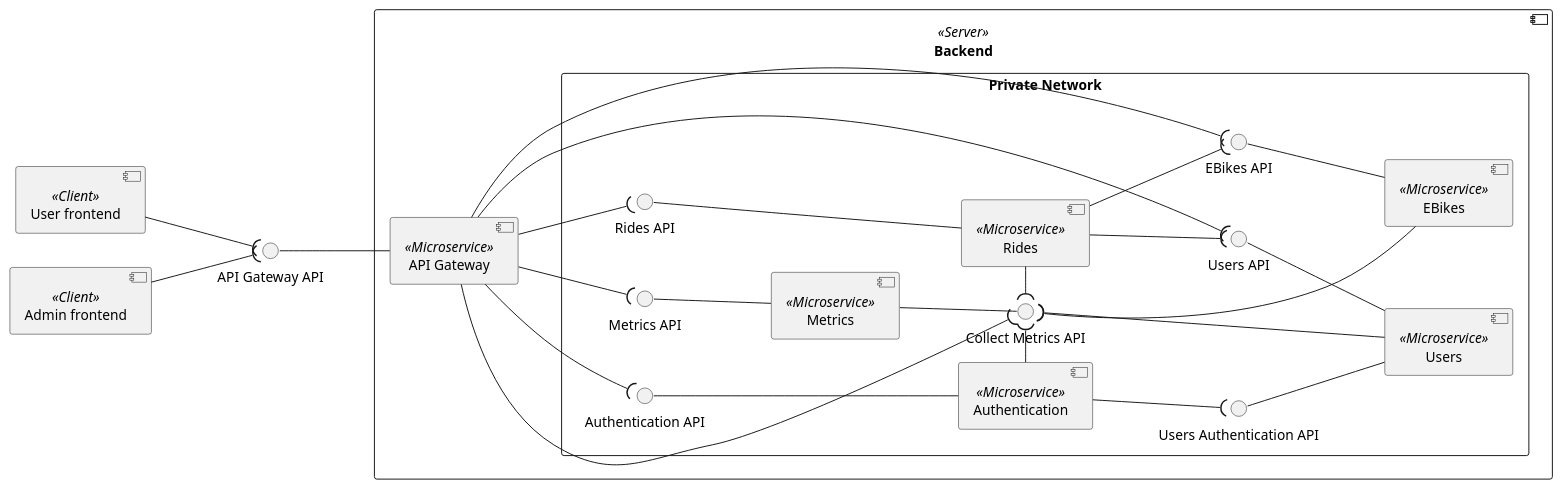
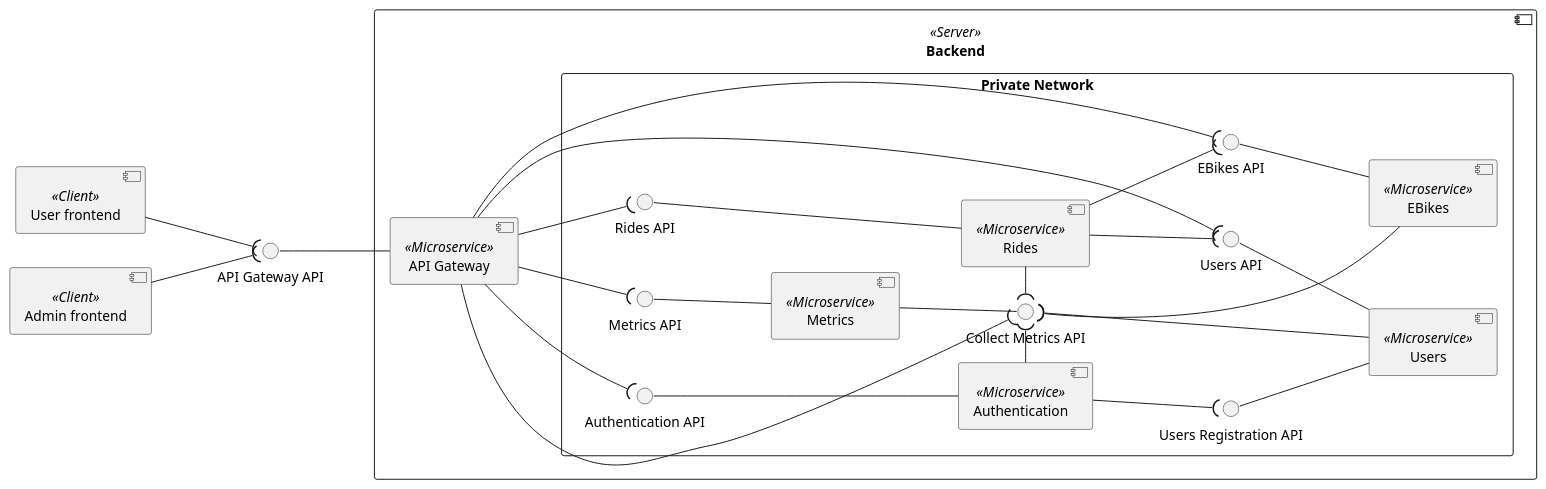
One commit to Ventus218/SAP-assignment-02 changed the diagram in doc/diagrams/src/components.puml. Above: the diagram before and after it, drawn with PlantUML.

Commit message:
User Authentication API --> User Registration API

```diff
--- a/doc/diagrams/src/components.puml
+++ b/doc/diagrams/src/components.puml
@@ -1,61 +1,61 @@
 @startuml components
 
 left to right direction
 
 component "User frontend" as UserFE <<Client>>
 component "Admin frontend" as AdminFE <<Client>>
 
 component Backend <<Server>> {
     component "API Gateway" <<Microservice>> as APIGateway
 
     rectangle "Private Network" {
         component "Metrics" <<Microservice>> as Metrics
         interface "Metrics API" as MetricsAPI
         interface "Collect Metrics API" as CollectMetricsAPI
 
         component "EBikes" <<Microservice>> as EBikes
         interface "EBikes API" as EBikesAPI
         
         component "Users" <<Microservice>> as Users
         interface "Users API" as UsersAPI
 
         component "Rides" <<Microservice>> as Rides
         interface "Rides API" as RidesAPI
 
         component "Authentication" <<Microservice>> as AuthService
         interface "Authentication API" as AuthAPI
-        interface "Users Authentication API" as UserAuthAPI
+        interface "Users Registration API" as UserRegistrationAPI
 
         APIGateway --( MetricsAPI
         APIGateway --( CollectMetricsAPI
         Metrics -u-() MetricsAPI
 
         Metrics --() CollectMetricsAPI
 
         APIGateway --( EBikesAPI
         EBikes -u-() EBikesAPI
         EBikes -u-( CollectMetricsAPI
 
         APIGateway --( UsersAPI
         Users -u-() UsersAPI
-        Users -u-() UserAuthAPI
+        Users -u-() UserRegistrationAPI
         Users -u-( CollectMetricsAPI
 
         APIGateway --( RidesAPI
         Rides --u-() RidesAPI
         Rides --( UsersAPI
         Rides --( EBikesAPI
         Rides -l-( CollectMetricsAPI
 
         APIGateway --( AuthAPI
         AuthService --u-() AuthAPI
-        AuthService --( UserAuthAPI
+        AuthService --( UserRegistrationAPI
         AuthService -r-( CollectMetricsAPI
     }
 }
 
 APIGateway -u-() "API Gateway API"
 UserFE --( "API Gateway API"
 AdminFE --( "API Gateway API"
 
 @enduml
```
